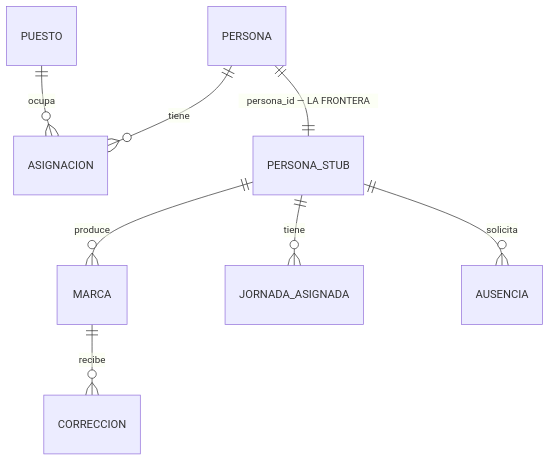
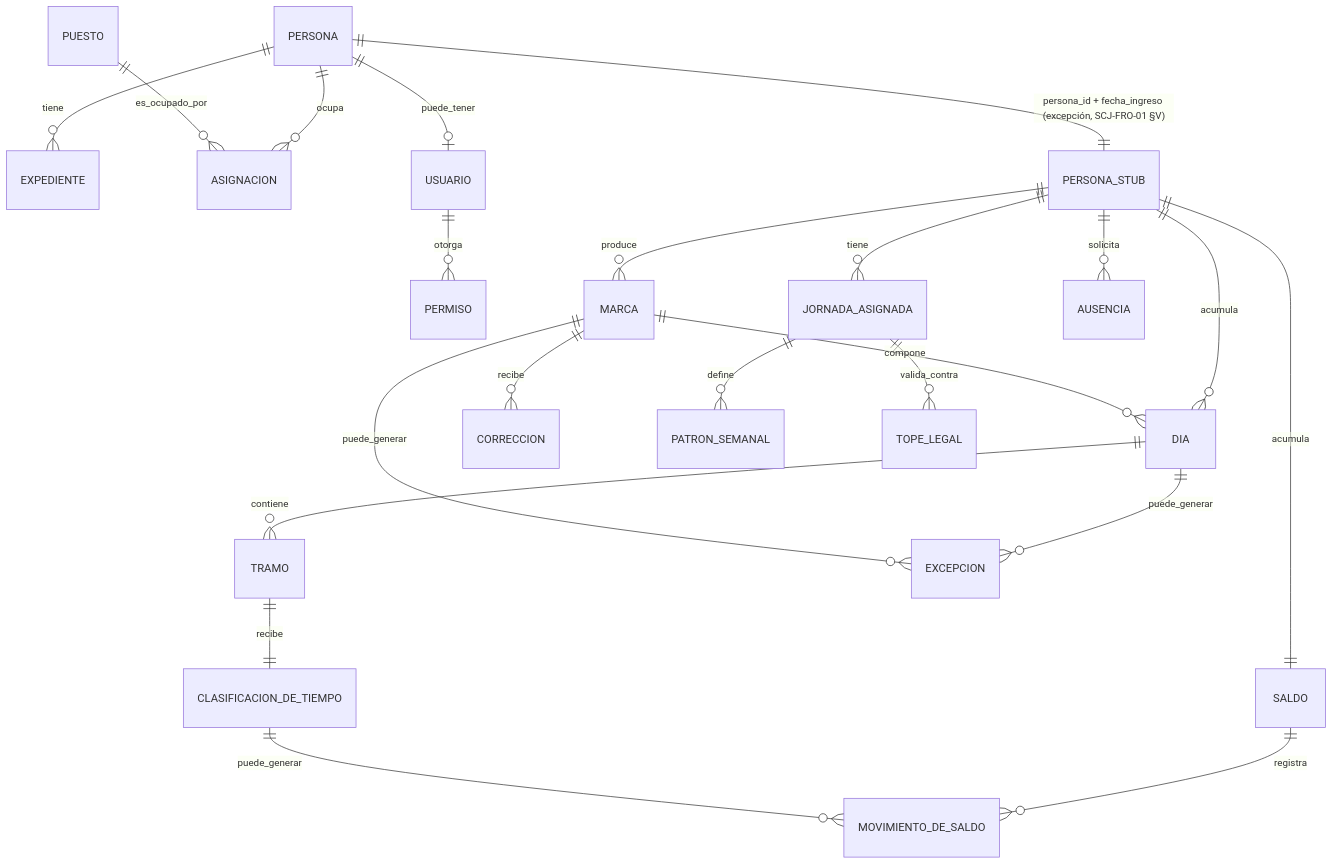
Before and after one commit to Churr000God/RTBGO: the diagram in diagramas/fuente/conceptual.mmd, drawn with Mermaid. The commit also changed 21 other files, not shown here.

```diff
--- a/diagramas/fuente/conceptual.mmd
+++ b/diagramas/fuente/conceptual.mmd
@@ -1,14 +1,37 @@
 %% Modelo conceptual del sistema completo
-%% Documento: SCJ-MOD-01 · Sesión J1.1 · 22 de agosto de 2026
+%% Documento: SCJ-MOD-01 · Sesión J1.1 · preparado 29 de agosto de 2026
 %% Exportar a: diagramas/export/conceptual.svg
 
 erDiagram
-    PERSONA ||--o{ ASIGNACION : tiene
-    PUESTO  ||--o{ ASIGNACION : ocupa
+    %% --- Subsistema PERSONAS (silueta) ---
+    PERSONA ||--o{ EXPEDIENTE : tiene
+    PERSONA ||--o{ ASIGNACION : ocupa
+    PUESTO  ||--o{ ASIGNACION : es_ocupado_por
+    PERSONA ||--o| USUARIO : puede_tener
+    USUARIO ||--o{ PERMISO : otorga
 
-    PERSONA ||--|| PERSONA_STUB : "persona_id — LA FRONTERA"
+    %% --- La frontera: único punto de contacto ---
+    PERSONA ||--|| PERSONA_STUB : "persona_id + fecha_ingreso (excepción, SCJ-FRO-01 §V)"
 
+    %% --- Subsistema TIEMPO ---
     PERSONA_STUB ||--o{ MARCA : produce
+    PERSONA_STUB ||--o{ DIA : acumula
     PERSONA_STUB ||--o{ JORNADA_ASIGNADA : tiene
     PERSONA_STUB ||--o{ AUSENCIA : solicita
+    PERSONA_STUB ||--|| SALDO : acumula
+
+    MARCA ||--o{ DIA : compone
+    DIA ||--o{ TRAMO : contiene
+    DIA ||--o{ EXCEPCION : puede_generar
+    MARCA ||--o{ EXCEPCION : puede_generar
     MARCA ||--o{ CORRECCION : recibe
+
+    %% DIA_FESTIVO: catálogo sin relación declarada — se cruza por fecha, no por FK.
+    %% Agregado 2026-09-02, no estaba en la versión original de este diagrama.
+
+    JORNADA_ASIGNADA ||--o{ PATRON_SEMANAL : define
+    TRAMO ||--|| CLASIFICACION_DE_TIEMPO : recibe
+    JORNADA_ASIGNADA ||--o{ TOPE_LEGAL : valida_contra
+
+    SALDO ||--o{ MOVIMIENTO_DE_SALDO : registra
+    CLASIFICACION_DE_TIEMPO ||--o{ MOVIMIENTO_DE_SALDO : puede_generar
```
